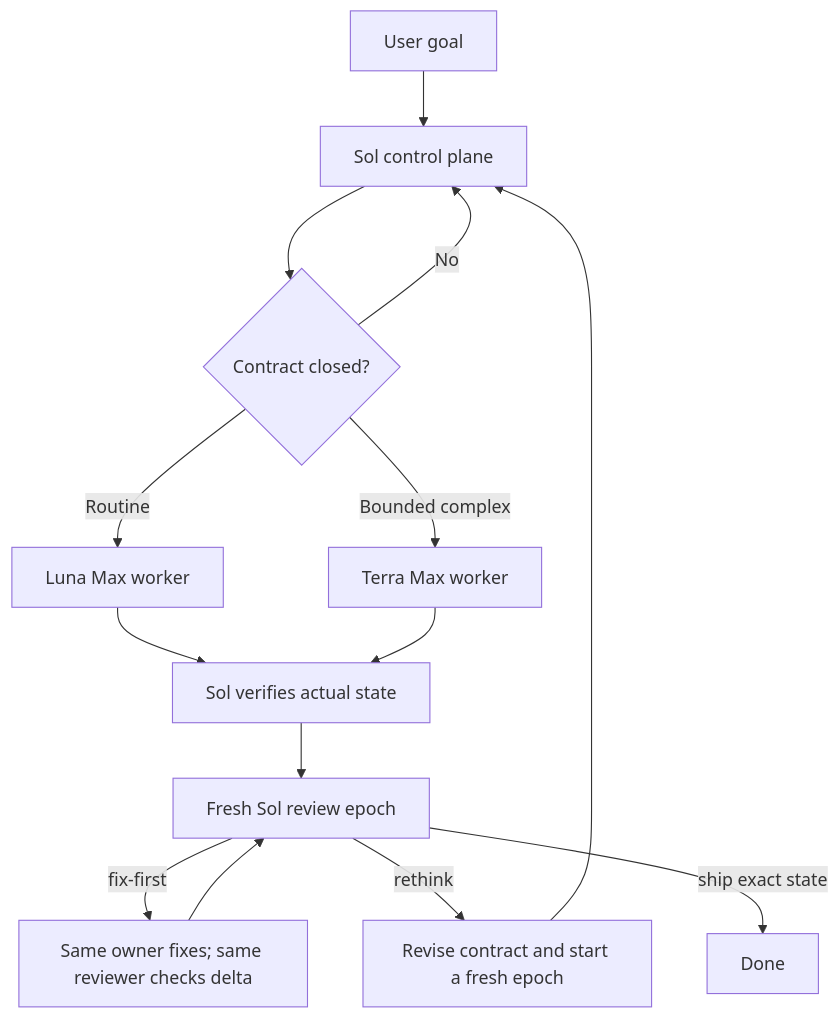
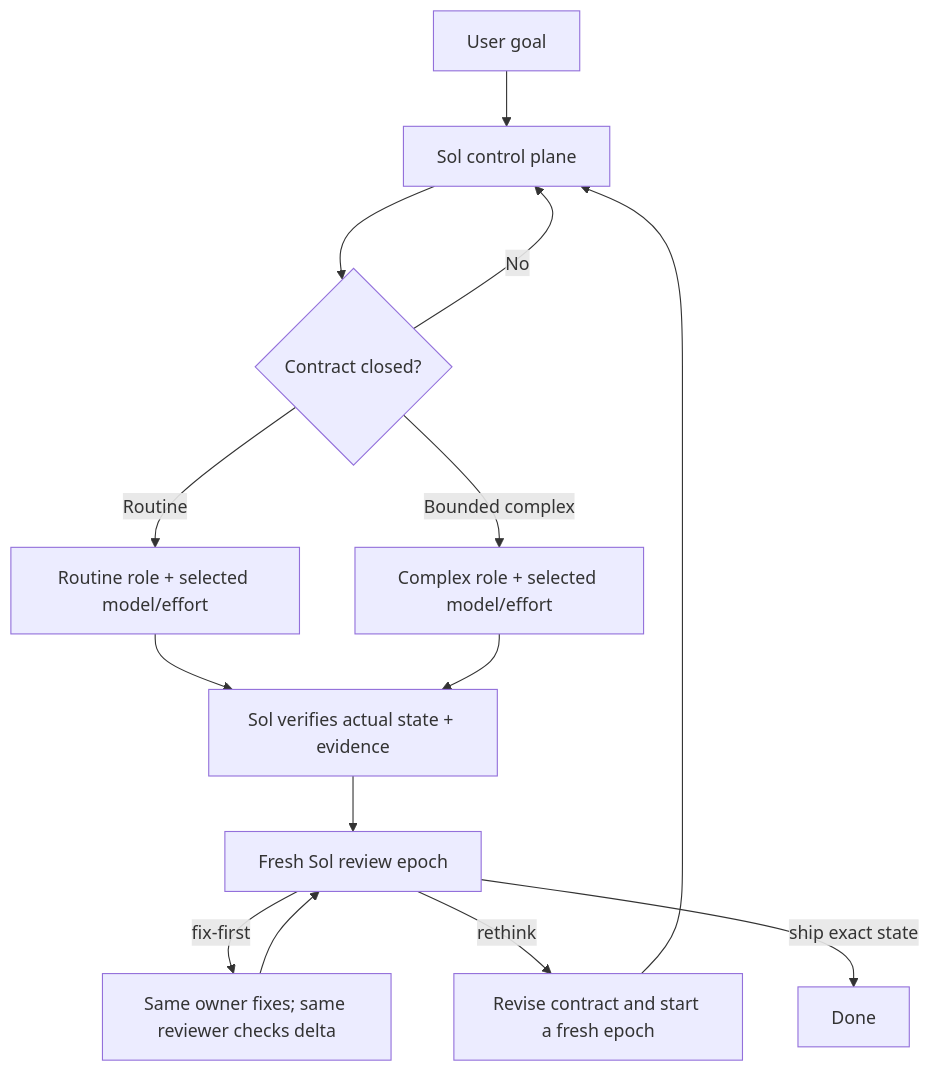
Before and after one commit to KirschBluteX/agent-orchestration-gateway: the diagram in README.md, drawn with Mermaid. The commit also changed other lines of this file and 29 other files, not shown here.

````diff
--- a/README.md
+++ b/README.md
@@ -107,16 +126,16 @@
 ```mermaid
 flowchart TD
     U["User goal"] --> S["Sol control plane"]
     S --> C{"Contract closed?"}
     C -->|"No"| S
-    C -->|"Routine"| L["Luna Max worker"]
-    C -->|"Bounded complex"| T["Terra Max worker"]
-    L --> V["Sol verifies actual state"]
+    C -->|"Routine"| L["Routine role + selected model/effort"]
+    C -->|"Bounded complex"| T["Complex role + selected model/effort"]
+    L --> V["Sol verifies actual state + evidence"]
     T --> V
     V --> R["Fresh Sol review epoch"]
     R -->|"fix-first"| F["Same owner fixes; same reviewer checks delta"]
     F --> R
     R -->|"rethink"| N["Revise contract and start a fresh epoch"]
     N --> S
     R -->|"ship exact state"| D["Done"]
 ```
````
